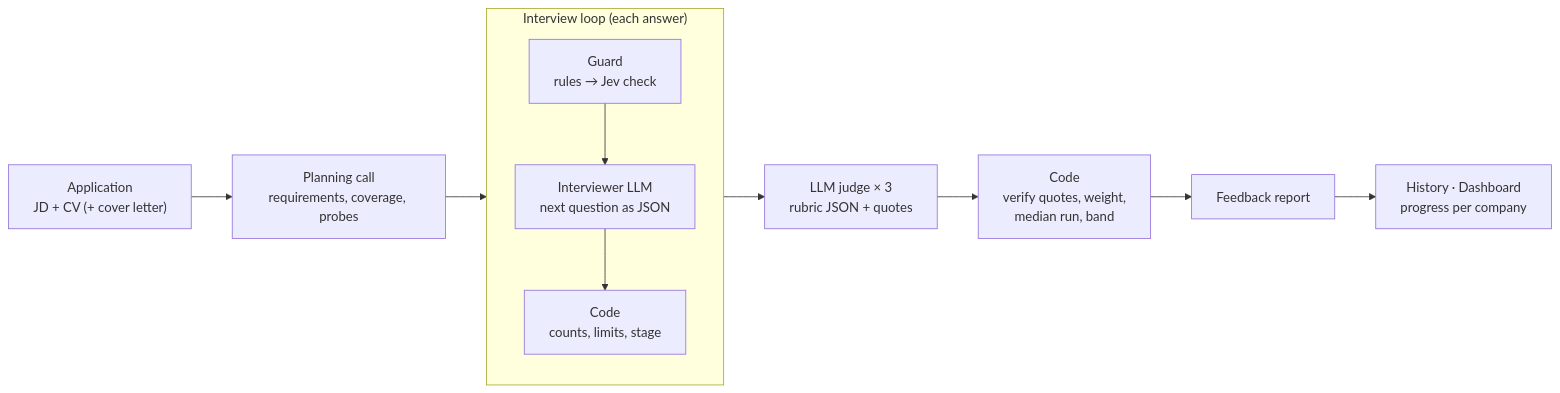
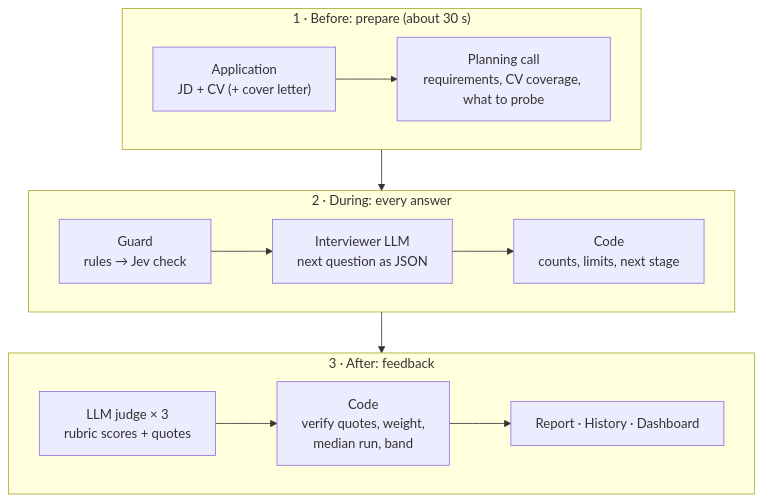
The first of 3 diagrams in README.md (JinhoKim46/TC_AE_Sprint1_Interview_helper), drawn with Mermaid before and after one commit.

Commit message:
docs(readme): stack the session flowchart in three stages so it reads at full size
Claude-Session: https://claude.ai/code/session_01N51QeJvmHmPPrEDQ2RUsQ1

````diff
--- a/README.md
+++ b/README.md
@@ -16,14 +16,16 @@
 ```mermaid
-flowchart LR
-    A["Application<br/>JD + CV (+ cover letter)"] --> P["Planning call<br/>requirements, coverage, probes"]
-    P --> L
-    subgraph L["Interview loop (each answer)"]
-        direction TB
-        G["Guard<br/>rules → Jev check"] --> I["Interviewer LLM<br/>next question as JSON"]
-        I --> C["Code<br/>counts, limits, stage"]
+flowchart TB
+    subgraph S1["1 · Before: prepare (about 30 s)"]
+        direction LR
+        A["Application<br/>JD + CV (+ cover letter)"] --> P["Planning call<br/>requirements, CV coverage, what to probe"]
     end
-    L --> J["LLM judge × 3<br/>rubric JSON + quotes"]
-    J --> R["Code<br/>verify quotes, weight,<br/>median run, band"]
-    R --> F["Feedback report"]
-    F --> D["History · Dashboard<br/>progress per company"]
+    subgraph S2["2 · During: every answer"]
+        direction LR
+        G["Guard<br/>rules → Jev check"] --> I["Interviewer LLM<br/>next question as JSON"] --> C["Code<br/>counts, limits, next stage"]
+    end
+    subgraph S3["3 · After: feedback"]
+        direction LR
+        J["LLM judge × 3<br/>rubric scores + quotes"] --> R["Code<br/>verify quotes, weight,<br/>median run, band"] --> F["Report · History · Dashboard"]
+    end
+    S1 --> S2 --> S3
 ```
````
